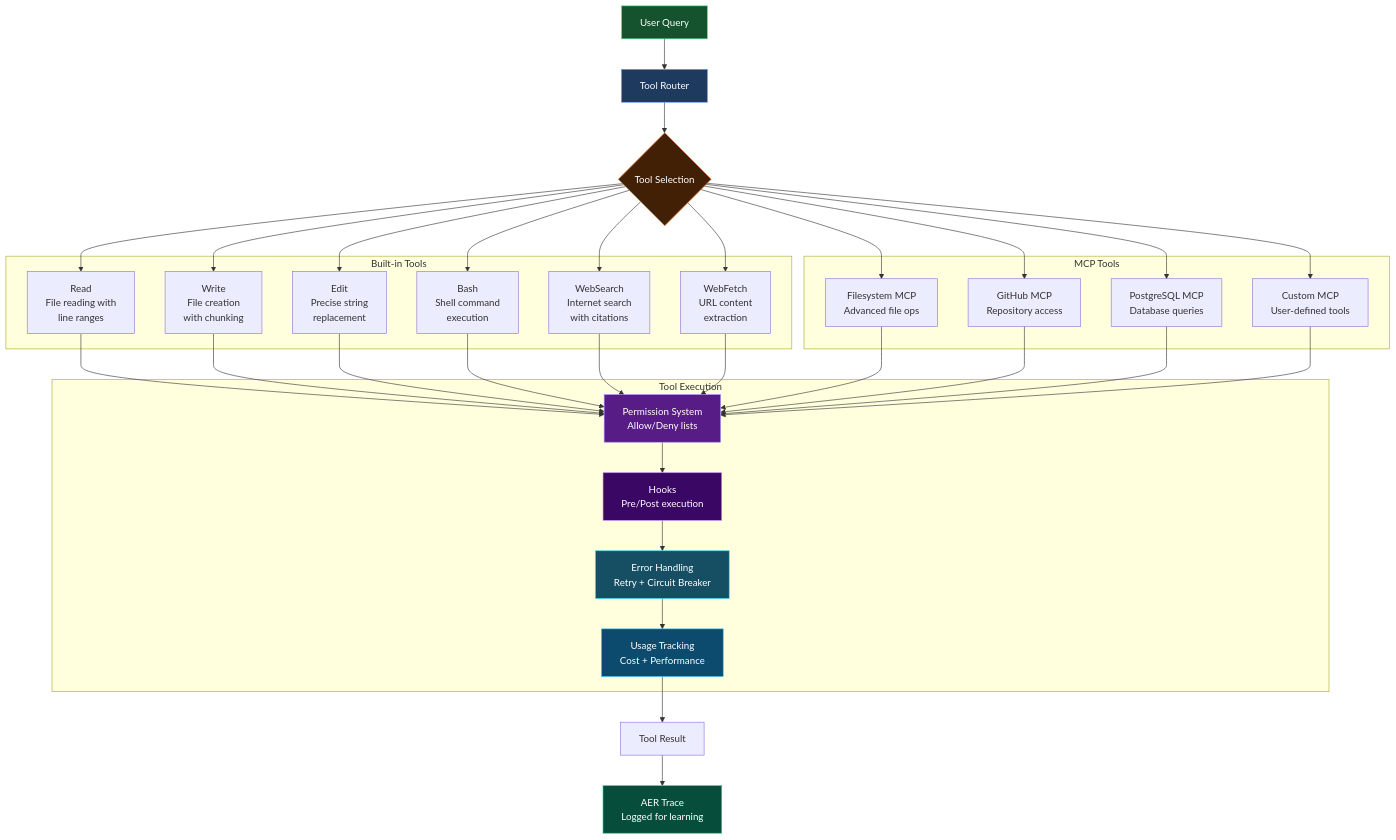
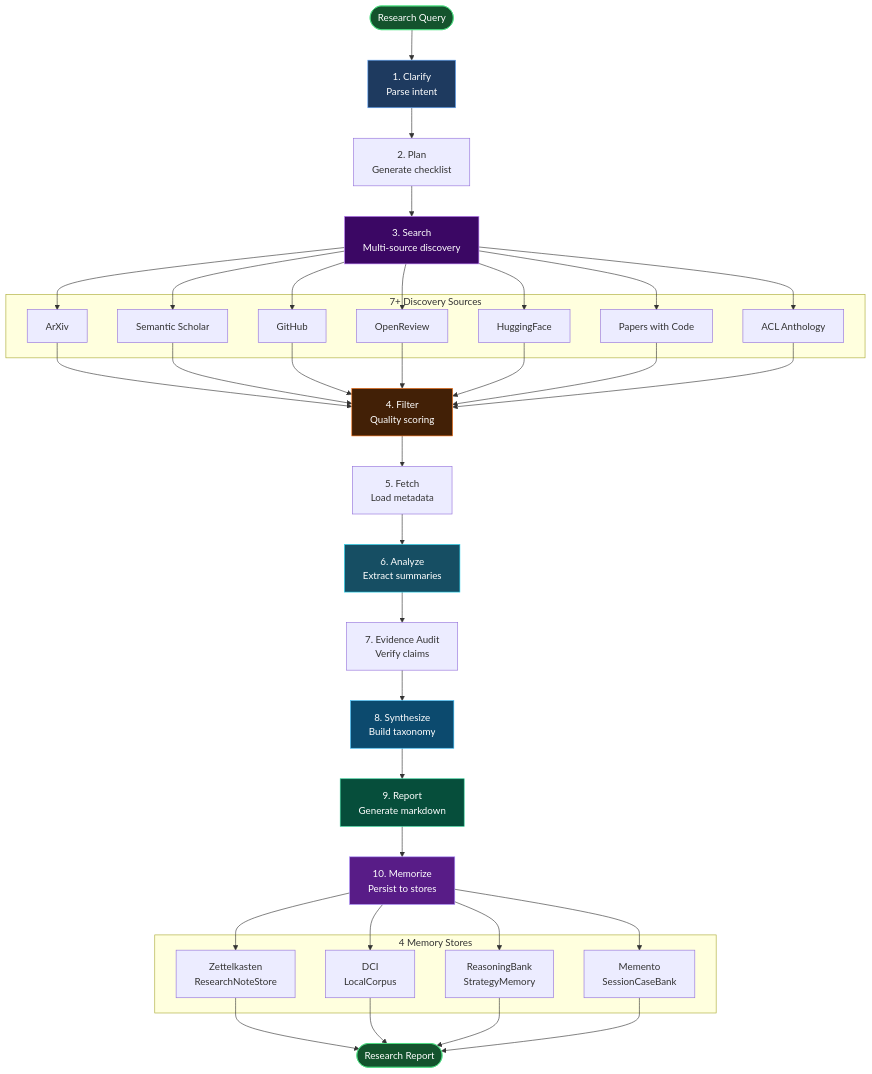
Before and after one commit to ndqkhanh/lyra: the fourth of 9 diagrams in docs/ARCHITECTURE_DIAGRAMS.md, drawn with Mermaid. The commit also changed other lines of this file, not shown here.

First line of the commit message:
docs: Update ARCHITECTURE_DIAGRAMS.md with all 5 completed plans

````diff
--- a/docs/ARCHITECTURE_DIAGRAMS.md
+++ b/docs/ARCHITECTURE_DIAGRAMS.md
@@ -113,47 +189,48 @@
 ```mermaid
 graph TB
-    subgraph "Built-in Tools"
-        T1[Read<br/>File reading with<br/>line ranges]
-        T2[Write<br/>File creation<br/>with chunking]
-        T3[Edit<br/>Precise string<br/>replacement]
-        T4[Bash<br/>Shell command<br/>execution]
-        T5[WebSearch<br/>Internet search<br/>with citations]
-        T6[WebFetch<br/>URL content<br/>extraction]
+    START([Research Query]) --> CLARIFY[1. Clarify<br/>Parse intent]
+    
+    CLARIFY --> PLAN[2. Plan<br/>Generate checklist]
+    
+    PLAN --> SEARCH[3. Search<br/>Multi-source discovery]
+    
+    subgraph "7+ Discovery Sources"
+        S1[ArXiv]
+        S2[Semantic Scholar]
+        S3[GitHub]
+        S4[OpenReview]
+        S5[HuggingFace]
+        S6[Papers with Code]
+        S7[ACL Anthology]
     end
     
-    subgraph "MCP Tools"
-        M1[Filesystem MCP<br/>Advanced file ops]
-        M2[GitHub MCP<br/>Repository access]
-        M3[PostgreSQL MCP<br/>Database queries]
-        M4[Custom MCP<br/>User-defined tools]
+    SEARCH --> S1 & S2 & S3 & S4 & S5 & S6 & S7
+    S1 & S2 & S3 & S4 & S5 & S6 & S7 --> FILTER[4. Filter<br/>Quality scoring]
+    
+    FILTER --> FETCH[5. Fetch<br/>Load metadata]
+    FETCH --> ANALYZE[6. Analyze<br/>Extract summaries]
+    ANALYZE --> AUDIT[7. Evidence Audit<br/>Verify claims]
+    AUDIT --> SYNTHESIZE[8. Synthesize<br/>Build taxonomy]
+    SYNTHESIZE --> REPORT[9. Report<br/>Generate markdown]
+    REPORT --> MEMORIZE[10. Memorize<br/>Persist to stores]
+    
+    subgraph "4 Memory Stores"
+        M1[Zettelkasten<br/>ResearchNoteStore]
+        M2[DCI<br/>LocalCorpus]
+        M3[ReasoningBank<br/>StrategyMemory]
+        M4[Memento<br/>SessionCaseBank]
     end
     
-    subgraph "Tool Execution"
-        E1[Permission System<br/>Allow/Deny lists]
-        E2[Hooks<br/>Pre/Post execution]
-        E3[Error Handling<br/>Retry + Circuit Breaker]
-        E4[Usage Tracking<br/>Cost + Performance]
-    end
+    MEMORIZE --> M1 & M2 & M3 & M4
+    M1 & M2 & M3 & M4 --> OUTPUT([Research Report])
     
-    USER[User Query] --> ROUTER[Tool Router]
-    ROUTER --> SELECTOR{Tool Selection}
-    
-    SELECTOR --> T1 & T2 & T3 & T4 & T5 & T6
-    SELECTOR --> M1 & M2 & M3 & M4
-    
-    T1 & T2 & T3 & T4 & T5 & T6 --> E1
-    M1 & M2 & M3 & M4 --> E1
-    
-    E1 --> E2 --> E3 --> E4
-    E4 --> RESULT[Tool Result]
-    RESULT --> AER[AER Trace<br/>Logged for learning]
-    
-    style USER fill:#14532d,stroke:#4ade80,color:#fff
-    style ROUTER fill:#1e3a5f,stroke:#60a5fa,color:#fff
-    style SELECTOR fill:#422006,stroke:#f97316,color:#fff
-    style E1 fill:#581c87,stroke:#a78bfa,color:#fff
-    style E2 fill:#3b0764,stroke:#c084fc,color:#fff
-    style E3 fill:#164e63,stroke:#22d3ee,color:#fff
-    style E4 fill:#0c4a6e,stroke:#38bdf8,color:#fff
-    style AER fill:#064e3b,stroke:#34d399,color:#fff
+    style START fill:#14532d,stroke:#4ade80,color:#fff
+    style CLARIFY fill:#1e3a5f,stroke:#60a5fa,color:#fff
+    style SEARCH fill:#3b0764,stroke:#c084fc,color:#fff
+    style FILTER fill:#422006,stroke:#f97316,color:#fff
+    style ANALYZE fill:#164e63,stroke:#22d3ee,color:#fff
+    style SYNTHESIZE fill:#0c4a6e,stroke:#38bdf8,color:#fff
+    style REPORT fill:#064e3b,stroke:#34d399,color:#fff
+    style MEMORIZE fill:#581c87,stroke:#a78bfa,color:#fff
+    style OUTPUT fill:#14532d,stroke:#4ade80,color:#fff
 ```
````
